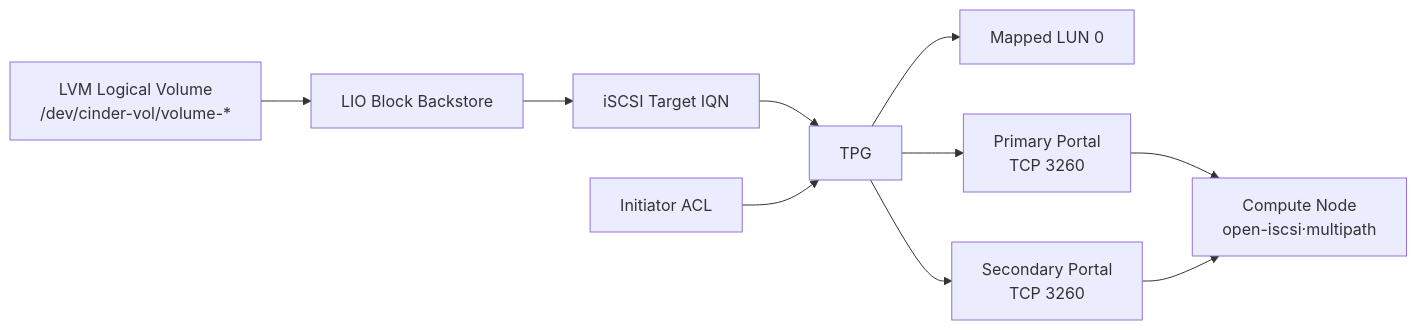
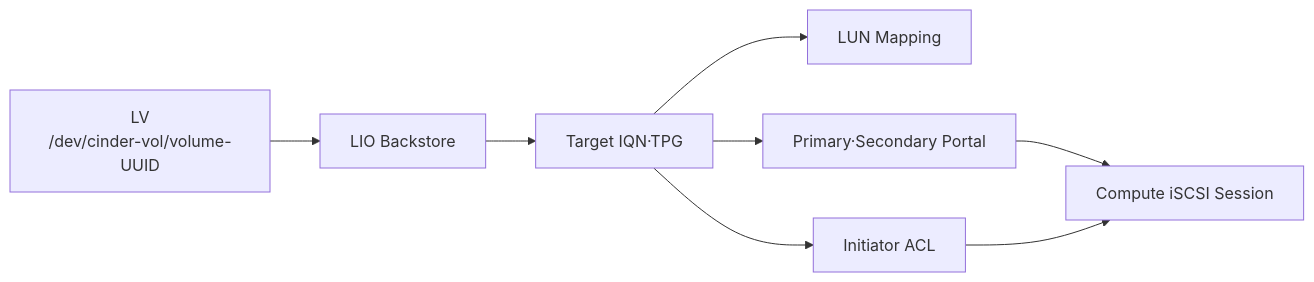
Before and after one commit to island-wq/openstack-vpc-portfolio: the fourth of 5 diagrams in docs/test-cases/lvm-iscsi-cinder-backend.md, drawn with Mermaid. The commit also changed other lines of this file and 4 other files, not shown here.

Commit message:
Revise LVM iSCSI test case guide

````diff
--- a/docs/test-cases/lvm-iscsi-cinder-backend.md
+++ b/docs/test-cases/lvm-iscsi-cinder-backend.md
@@ -360,17 +299,15 @@
 ```mermaid
 flowchart LR
-  lv["LVM Logical Volume<br/>/dev/cinder-vol/volume-*"]
-  backstore["LIO Block Backstore"]
-  iqn["iSCSI Target IQN"]
-  tpg["TPG"]
-  lun["Mapped LUN 0"]
-  portal1["Primary Portal<br/>TCP 3260"]
-  portal2["Secondary Portal<br/>TCP 3260"]
+  lv["LV<br/>/dev/cinder-vol/volume-UUID"]
+  backstore["LIO Backstore"]
+  target["Target IQN·TPG"]
+  lun["LUN Mapping"]
   acl["Initiator ACL"]
-  compute["Compute Node<br/>open-iscsi·multipath"]
+  portals["Primary·Secondary Portal"]
+  compute["Compute iSCSI Session"]
 
-  lv --> backstore --> iqn --> tpg --> lun
-  tpg --> portal1 --> compute
-  tpg --> portal2 --> compute
-  acl --> tpg
+  lv --> backstore --> target --> lun
+  target --> acl
+  target --> portals --> compute
+  acl --> compute
 ```
````
